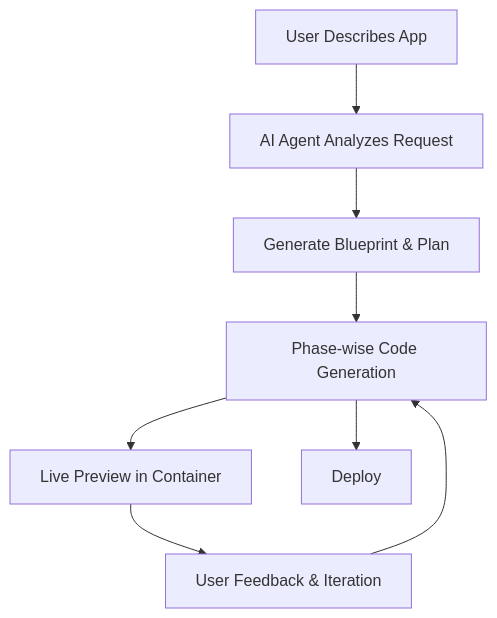
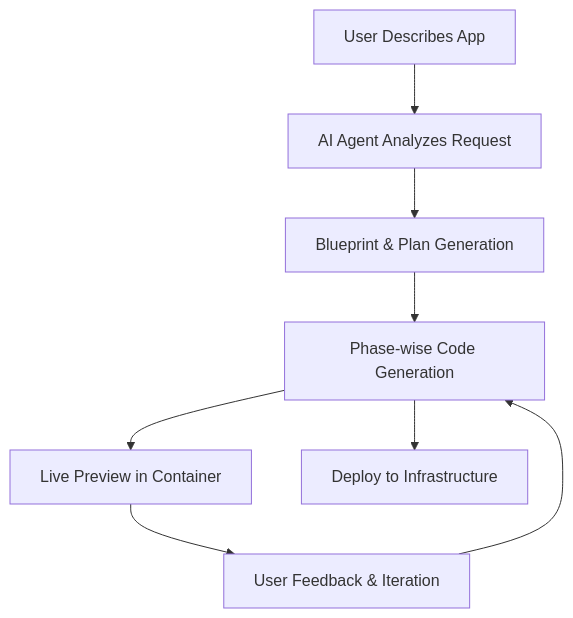
The diagram in README.md (lakshcode9/viper-vibecode), drawn with Mermaid before and after one commit. The commit also changed other lines of this file, not shown here.

````diff
--- a/README.md
+++ b/README.md
@@ -194,10 +105,10 @@
 ```mermaid
 graph TD
     A[User Describes App] --> B[AI Agent Analyzes Request]
-    B --> C[Generate Blueprint & Plan]
+    B --> C[Blueprint & Plan Generation]
     C --> D[Phase-wise Code Generation]
     D --> E[Live Preview in Container]
     E --> F[User Feedback & Iteration]
     F --> D
-    D --> G[Deploy]
+    D --> G[Deploy to Infrastructure]
 ```
````
